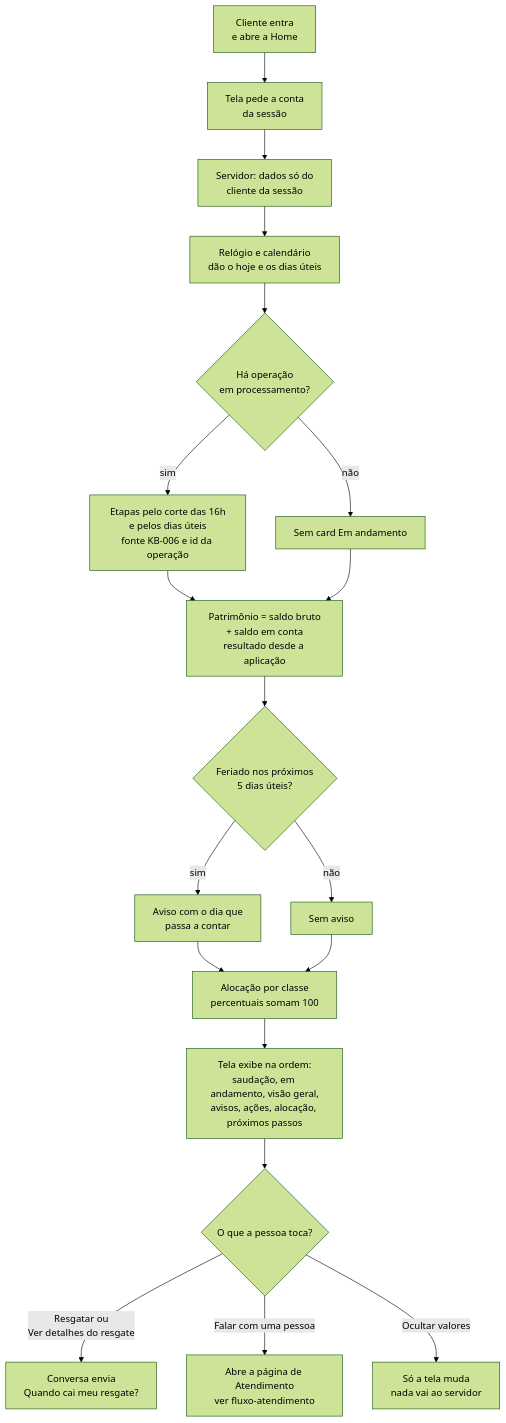
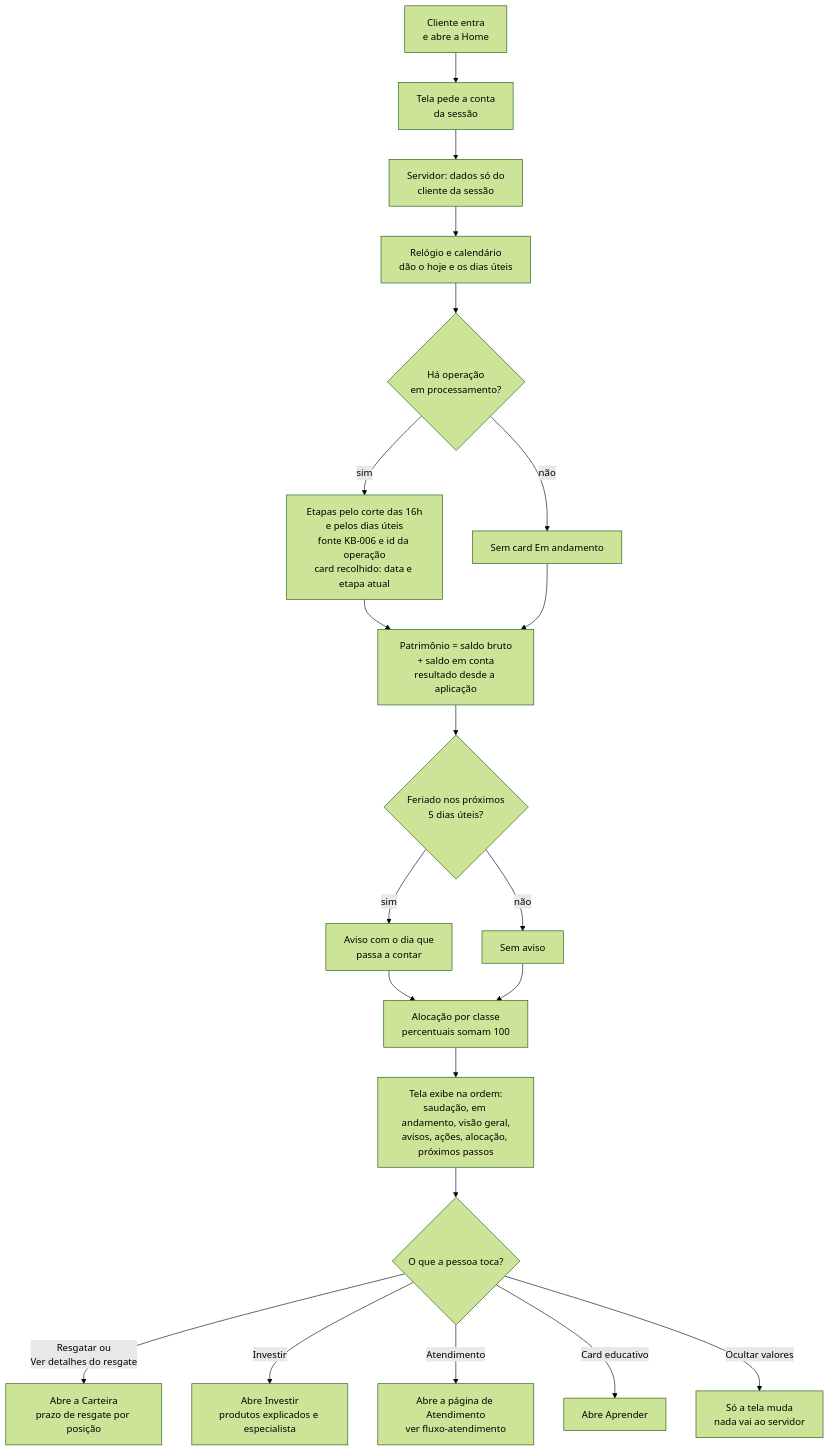
Before and after one commit to KainanGuerra/caqui-avenue: the diagram in documentation/diagrams/fluxo-home.md, drawn with Mermaid (forest theme). The commit also changed other lines of this file and 68 other files, not shown here.

````diff
--- a/documentation/diagrams/fluxo-home.md
+++ b/documentation/diagrams/fluxo-home.md
@@ -5,21 +5,23 @@
 ```mermaid
 flowchart TD
     A["Cliente entra<br/>e abre a Home"] --> B["Tela pede a conta<br/>da sessão"]
     B --> C["Servidor: dados só do<br/>cliente da sessão"]
     C --> D["Relógio e calendário<br/>dão o hoje e os dias úteis"]
     D --> E{"Há operação<br/>em processamento?"}
-    E -->|sim| F["Etapas pelo corte das 16h<br/>e pelos dias úteis<br/>fonte KB-006 e id da operação"]
+    E -->|sim| F["Etapas pelo corte das 16h<br/>e pelos dias úteis<br/>fonte KB-006 e id da operação<br/>card recolhido: data e etapa atual"]
     E -->|não| G["Sem card Em andamento"]
     F --> H["Patrimônio = saldo bruto<br/>+ saldo em conta<br/>resultado desde a aplicação"]
     G --> H
     H --> I{"Feriado nos próximos<br/>5 dias úteis?"}
     I -->|sim| J["Aviso com o dia que<br/>passa a contar"]
     I -->|não| K["Sem aviso"]
     J --> L["Alocação por classe<br/>percentuais somam 100"]
     K --> L
     L --> M["Tela exibe na ordem:<br/>saudação, em andamento, visão geral,<br/>avisos, ações, alocação, próximos passos"]
     M --> N{"O que a pessoa toca?"}
-    N -->|"Resgatar ou<br/>Ver detalhes do resgate"| O["Conversa envia<br/>Quando cai meu resgate?"]
-    N -->|"Falar com uma pessoa"| P["Abre a página de Atendimento<br/>ver fluxo-atendimento"]
+    N -->|"Resgatar ou<br/>Ver detalhes do resgate"| O["Abre a Carteira<br/>prazo de resgate por posição"]
+    N -->|"Investir"| R["Abre Investir<br/>produtos explicados e especialista"]
+    N -->|"Atendimento"| P["Abre a página de Atendimento<br/>ver fluxo-atendimento"]
+    N -->|"Card educativo"| S["Abre Aprender"]
     N -->|"Ocultar valores"| Q["Só a tela muda<br/>nada vai ao servidor"]
 ```
````
